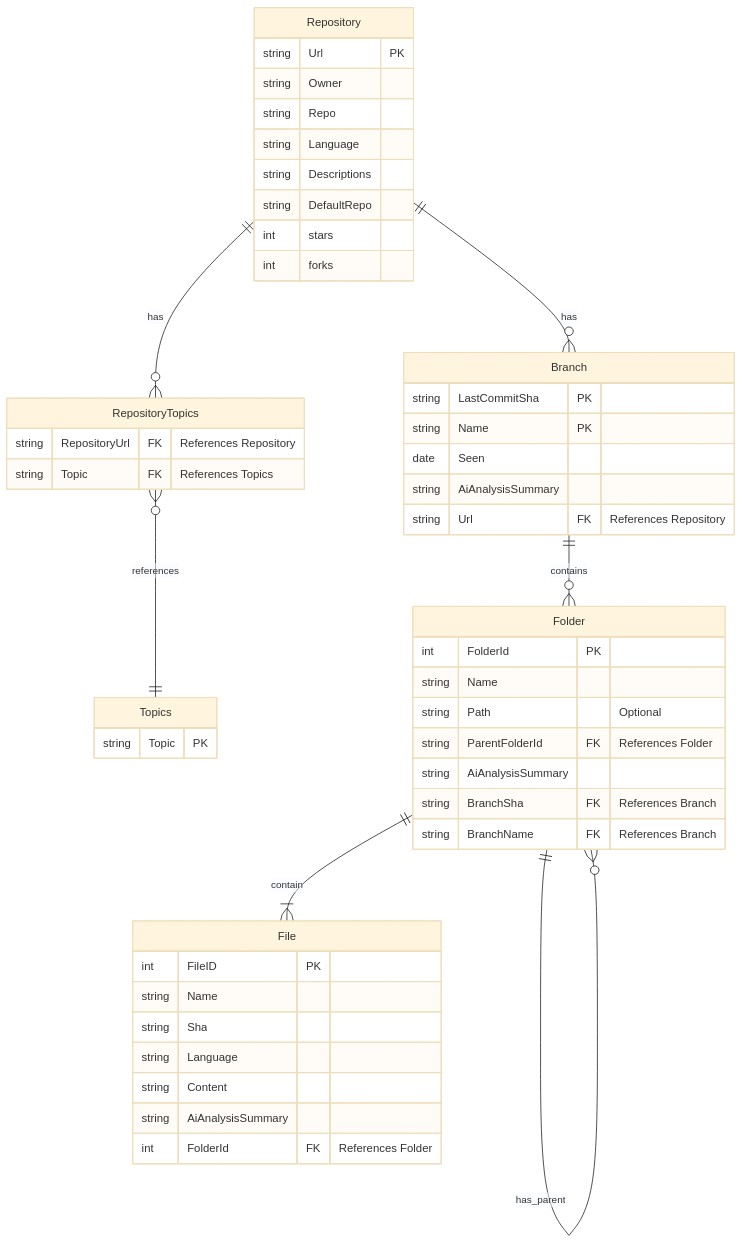
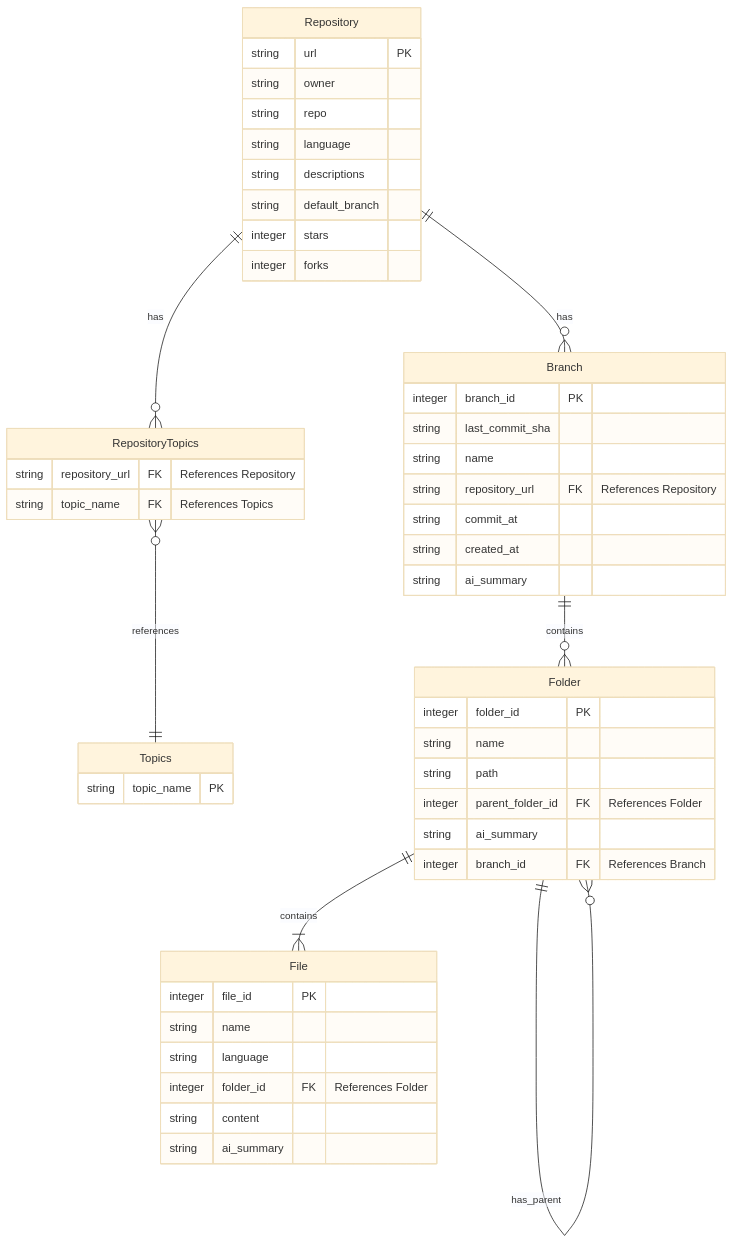
The diagram in docs/README.md (daeisbae/open-repo-wiki), drawn with Mermaid (base theme) before and after one commit. The commit also changed 1 other file, not shown here.

Commit message:
Change in attributes and pk, and implement constraints (#19)

````diff
--- a/docs/README.md
+++ b/docs/README.md
@@ -243,57 +243,57 @@
 ```mermaid
 erDiagram
     Repository {
-        string Url PK
-        string Owner
-        string Repo
-        string Language
-        string Descriptions
-        string DefaultRepo
-        int stars
-        int forks
+        string url PK
+        string owner
+        string repo
+        string language
+        string descriptions
+        string default_branch
+        integer stars
+        integer forks
     }
 
     Topics {
-        string Topic PK
+        string topic_name PK
     }
 
     RepositoryTopics {
-	    string RepositoryUrl FK "References Repository"
-	    string Topic FK "References Topics"
+	    string repository_url FK "References Repository"
+	    string topic_name FK "References Topics"
     }
 
     Branch {
-        string LastCommitSha PK
-        string Name PK
-        date Seen
-        string AiAnalysisSummary
-        string Url FK "References Repository"
+        integer branch_id PK
+        string last_commit_sha
+        string name
+        string repository_url FK "References Repository"
+        string commit_at
+        string created_at
+        string ai_summary
     }
 
     Folder {
-        int FolderId PK
-        string Name
-        string Path "Optional"
-        string ParentFolderId FK "References Folder"
-        string AiAnalysisSummary
-        string BranchSha FK "References Branch"
-        string BranchName FK "References Branch"
+        integer folder_id PK
+        string name
+        string path
+        integer parent_folder_id FK "References Folder"
+        string ai_summary
+        integer branch_id FK "References Branch"
     }
 
     File {
-		int FileID PK
-        string Name
-        string Sha
-        string Language
-        string Content
-        string AiAnalysisSummary
-        int FolderId FK "References Folder"
+		integer file_id PK
+        string name
+        string language
+        integer folder_id FK "References Folder"
+        string content
+        string ai_summary
     }
 
     Repository ||--o{ Branch : has
     Repository ||--o{ RepositoryTopics : has
     RepositoryTopics }o--|| Topics : references
     Branch ||--o{ Folder : contains
     Folder ||--o{ Folder : has_parent
-    Folder ||--|{ File : contain
+    Folder ||--|{ File : contains
 ```
````
